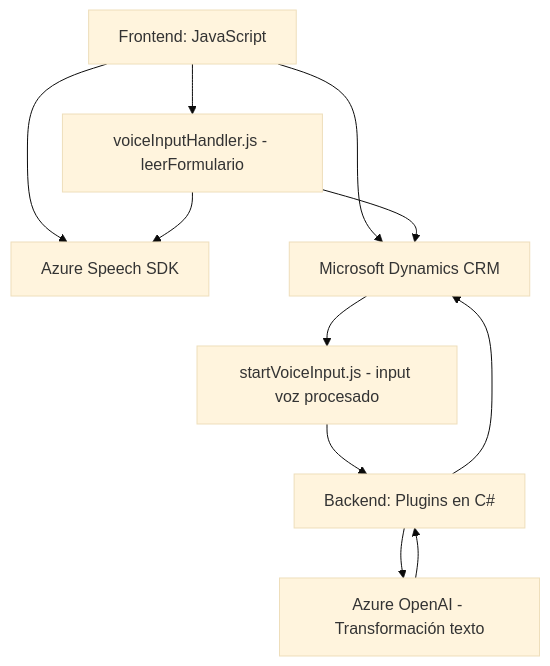
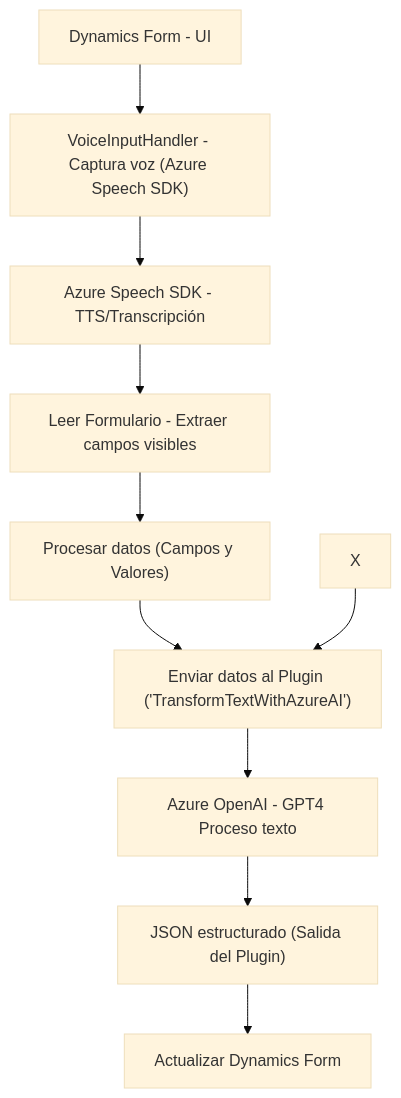
One commit to blopezdm/NETCORE_BILBAO2025 changed the diagram in README.md. Above: the diagram before and after it, drawn with Mermaid (base theme). The commit also changed other lines of this file, not shown here.

Commit message:
Actualizar análisis global de la solución con IA

````diff
--- a/README.md
+++ b/README.md
@@ -48,14 +61,12 @@
 ```mermaid
 graph TD
-    A["Frontend: JavaScript"] --> B["Azure Speech SDK"]
-    A --> C["Microsoft Dynamics CRM"]
-    A --> D["voiceInputHandler.js - leerFormulario"]
-    D --> C
-    D --> B
-    E["startVoiceInput.js - input voz procesado"]
-    C --> E
-    E --> F["Backend: Plugins en C#"]
-    F --> G["Azure OpenAI - Transformación texto"]
-    F --> C
-    G --> F
+A["Dynamics Form - UI"] --> B["VoiceInputHandler - Captura voz (Azure Speech SDK)"]
+B --> C["Azure Speech SDK - TTS/Transcripción"]
+C --> D["Leer Formulario - Extraer campos visibles"]
+D --> E["Procesar datos (Campos y Valores)"]
+E --> F["Enviar datos al Plugin ('TransformTextWithAzureAI')"]
+F --> G["Azure OpenAI - GPT4 Proceso texto"]
+X --> F
+G --> H["JSON estructurado (Salida del Plugin)"]
+H --> I["Actualizar Dynamics Form"]
 ```
````
